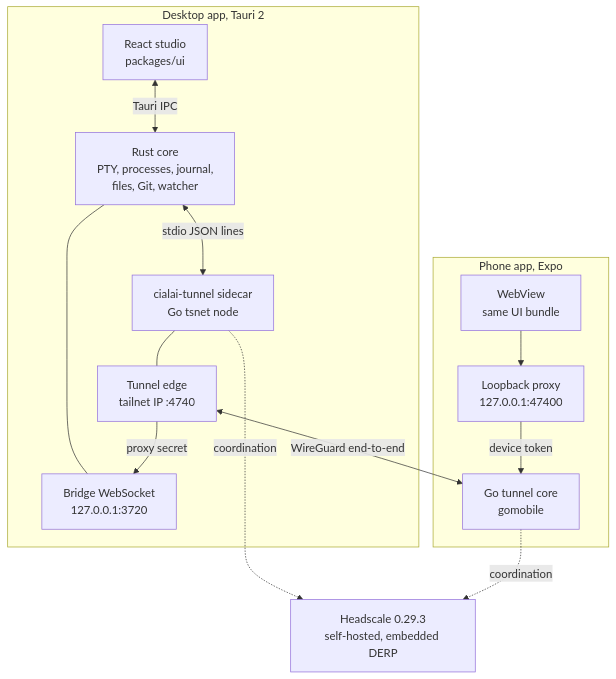
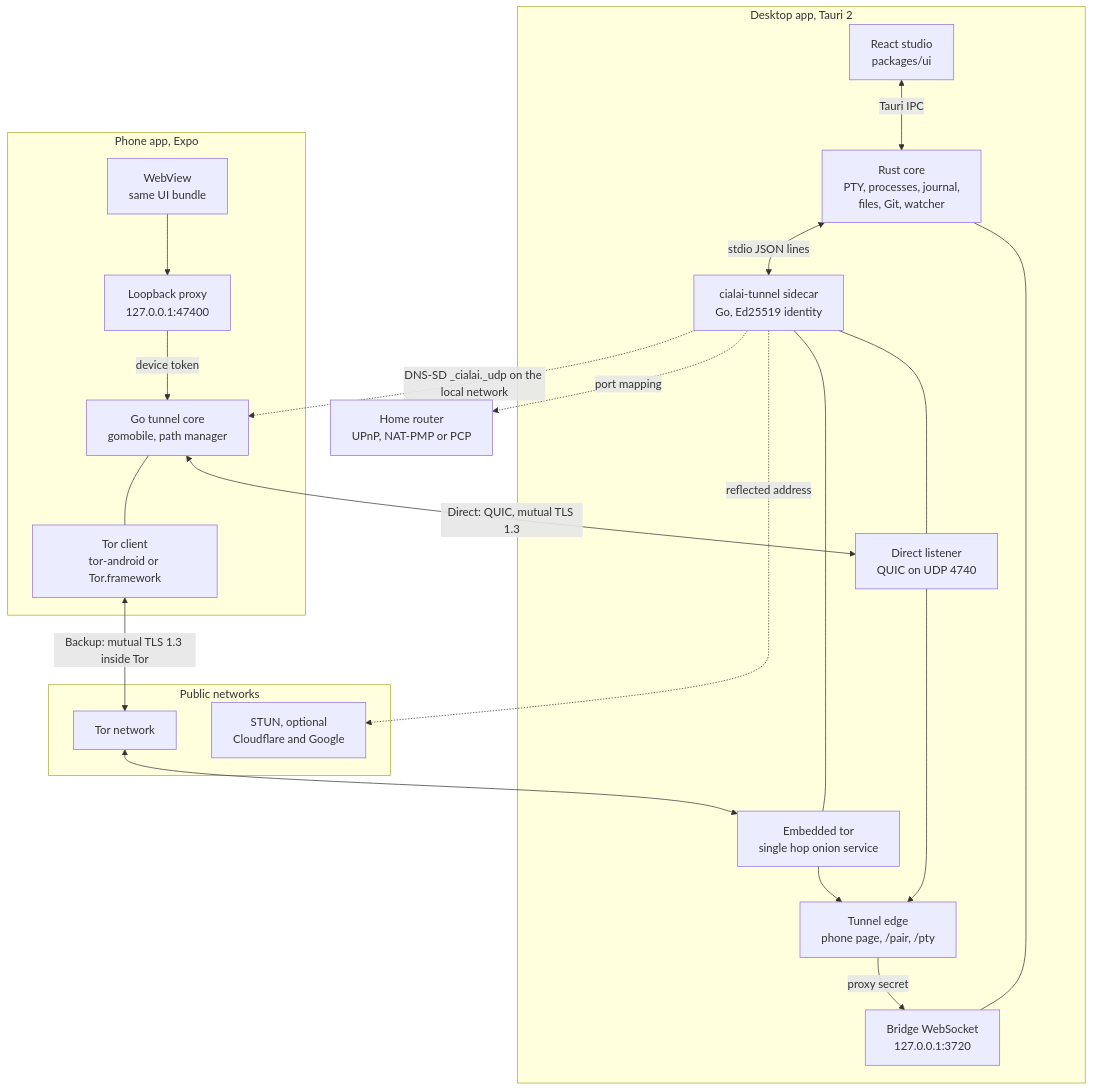
The first of 2 diagrams in .github/README.md (OrdinumTeam/cialai-platform), drawn with Mermaid before and after one commit. The commit also changed other lines of this file and 13 other files, not shown here.

````diff
--- a/.github/README.md
+++ b/.github/README.md
@@ -78,29 +79,44 @@
 ```mermaid
 flowchart TB
   subgraph desktop["Desktop app, Tauri 2"]
     ui["React studio<br/>packages/ui"]
     core["Rust core<br/>PTY, processes, journal,<br/>files, Git, watcher"]
     bridge["Bridge WebSocket<br/>127.0.0.1:3720"]
-    sidecar["cialai-tunnel sidecar<br/>Go tsnet node"]
-    edge["Tunnel edge<br/>tailnet IP :4740"]
+    sidecar["cialai-tunnel sidecar<br/>Go, Ed25519 identity"]
+    edge["Tunnel edge<br/>phone page, /pair, /pty"]
+    direct["Direct listener<br/>QUIC on UDP 4740"]
+    onion["Embedded tor<br/>single hop onion service"]
     ui <-->|Tauri IPC| core
     core --- bridge
     core <-->|stdio JSON lines| sidecar
-    sidecar --- edge
+    sidecar --- direct
+    sidecar --- onion
+    direct --> edge
+    onion --> edge
     edge -->|proxy secret| bridge
   end
 
-  headscale["Headscale 0.29.3<br/>self-hosted, embedded DERP"]
+  subgraph public["Public networks"]
+    tor["Tor network"]
+    stun["STUN, optional<br/>Cloudflare and Google"]
+  end
+
+  router["Home router<br/>UPnP, NAT-PMP or PCP"]
 
   subgraph phone["Phone app, Expo"]
     webview["WebView<br/>same UI bundle"]
     proxy["Loopback proxy<br/>127.0.0.1:47400"]
-    gocore["Go tunnel core<br/>gomobile"]
+    gocore["Go tunnel core<br/>gomobile, path manager"]
+    torclient["Tor client<br/>tor-android or Tor.framework"]
     webview --> proxy
     proxy -->|device token| gocore
+    gocore --- torclient
   end
 
-  edge <-->|WireGuard end-to-end| gocore
-  sidecar -.->|coordination| headscale
-  gocore -.->|coordination| headscale
+  gocore <-->|Direct: QUIC, mutual TLS 1.3| direct
+  torclient <-->|Backup: mutual TLS 1.3 inside Tor| tor
+  tor <--> onion
+  sidecar -.->|port mapping| router
+  sidecar -.->|reflected address| stun
+  sidecar -.->|DNS-SD _cialai._udp on the local network| gocore
 ```
````
